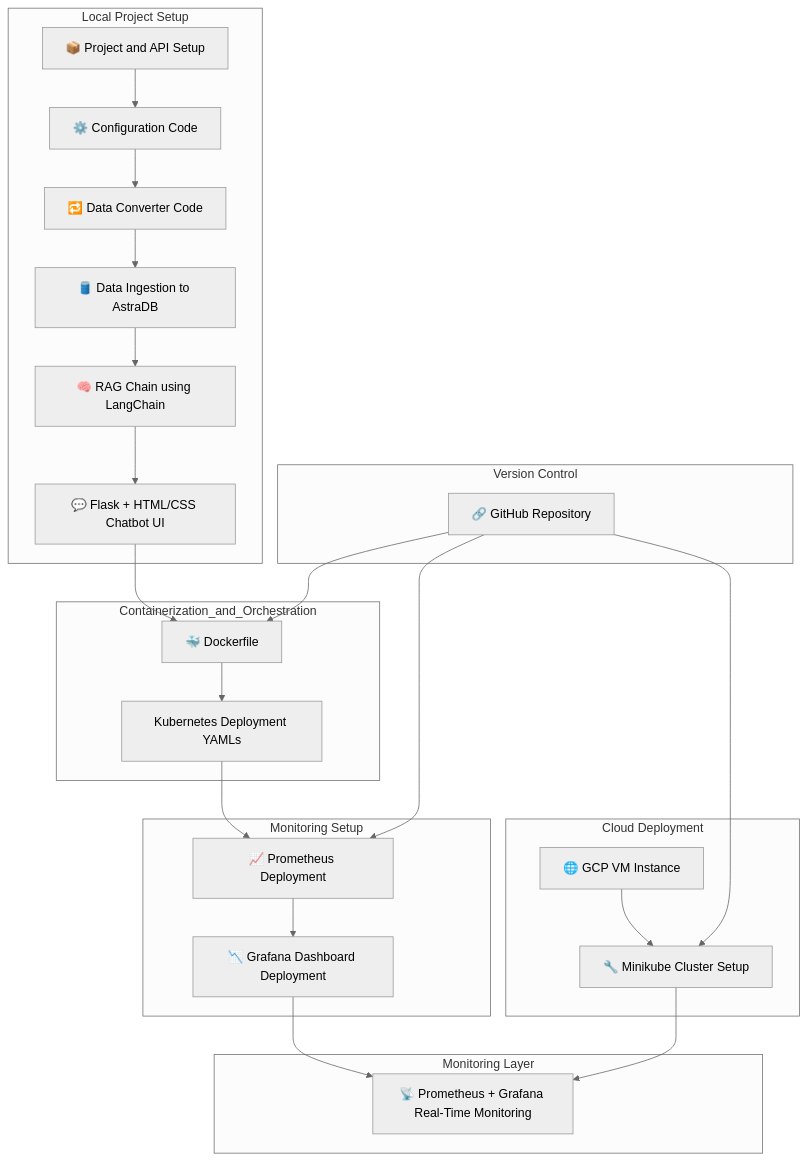
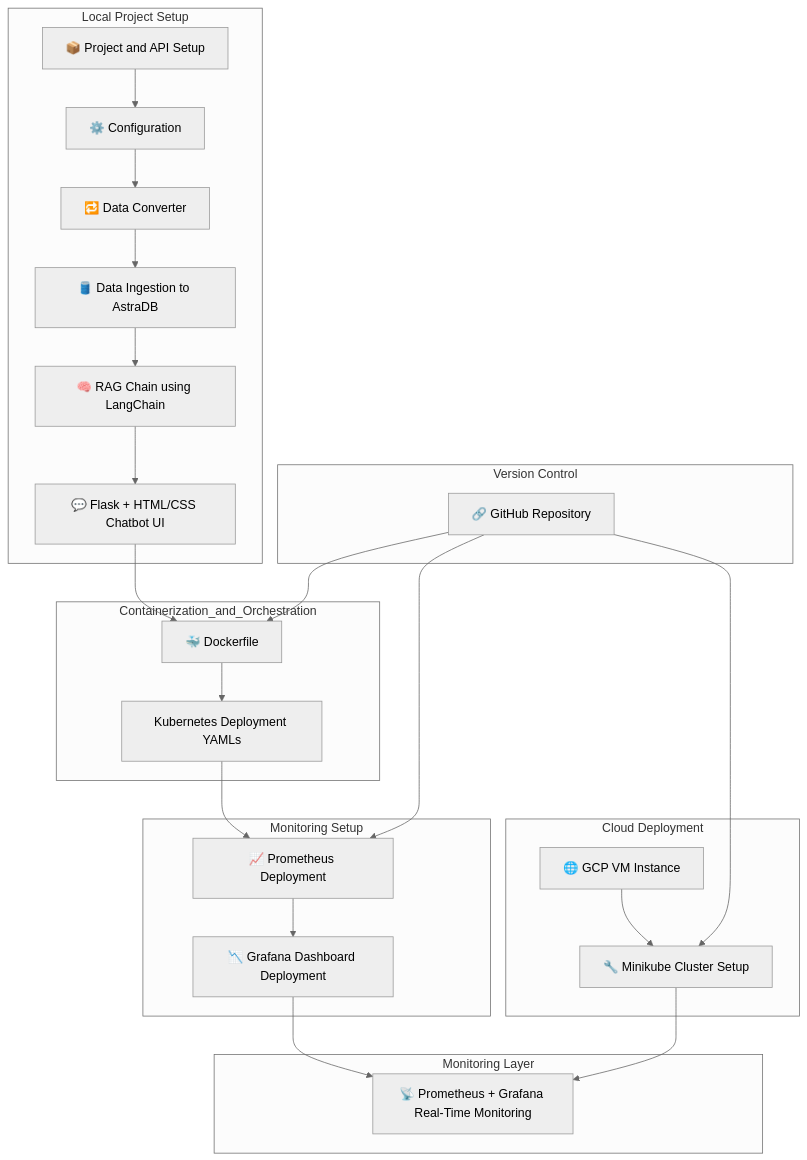
The first of 2 diagrams in README.md (aimldinesh/NexPick), drawn with Mermaid (neutral theme) before and after one commit.

````diff
--- a/README.md
+++ b/README.md
@@ -77,39 +77,39 @@
 ```mermaid
 graph TD
 
 subgraph Local Project Setup
-    A1[📦 Project and API Setup] --> A2[⚙️ Configuration Code]
-    A2 --> A3[🔁 Data Converter Code]
+    A1[📦 Project and API Setup] --> A2[⚙️ Configuration ]
+    A2 --> A3[🔁 Data Converter ]
     A3 --> A4[🛢️ Data Ingestion to AstraDB]
     A4 --> A5[🧠 RAG Chain using LangChain]
     A5 --> A6[💬 Flask + HTML/CSS Chatbot UI]
 end
 
 subgraph Containerization_and_Orchestration
     B1[🐳 Dockerfile] --> B2[Kubernetes Deployment YAMLs]
 end
 
 subgraph  Monitoring Setup
     C1[📈 Prometheus Deployment] --> C2[📉 Grafana Dashboard Deployment]
 end
 
 subgraph  Version Control
     D1[🔗 GitHub Repository]
 end
 
 subgraph  Cloud Deployment
     E1[🌐 GCP VM Instance] --> E2[🔧 Minikube Cluster Setup]
 end
 
 subgraph  Monitoring Layer
     F1[📡 Prometheus + Grafana Real-Time Monitoring]
 end
 
 A6 --> B1
 B2 --> C1
 C2 --> F1
 D1 --> B1
 D1 --> C1
 D1 --> E2
 E2 --> F1
 ```
````
